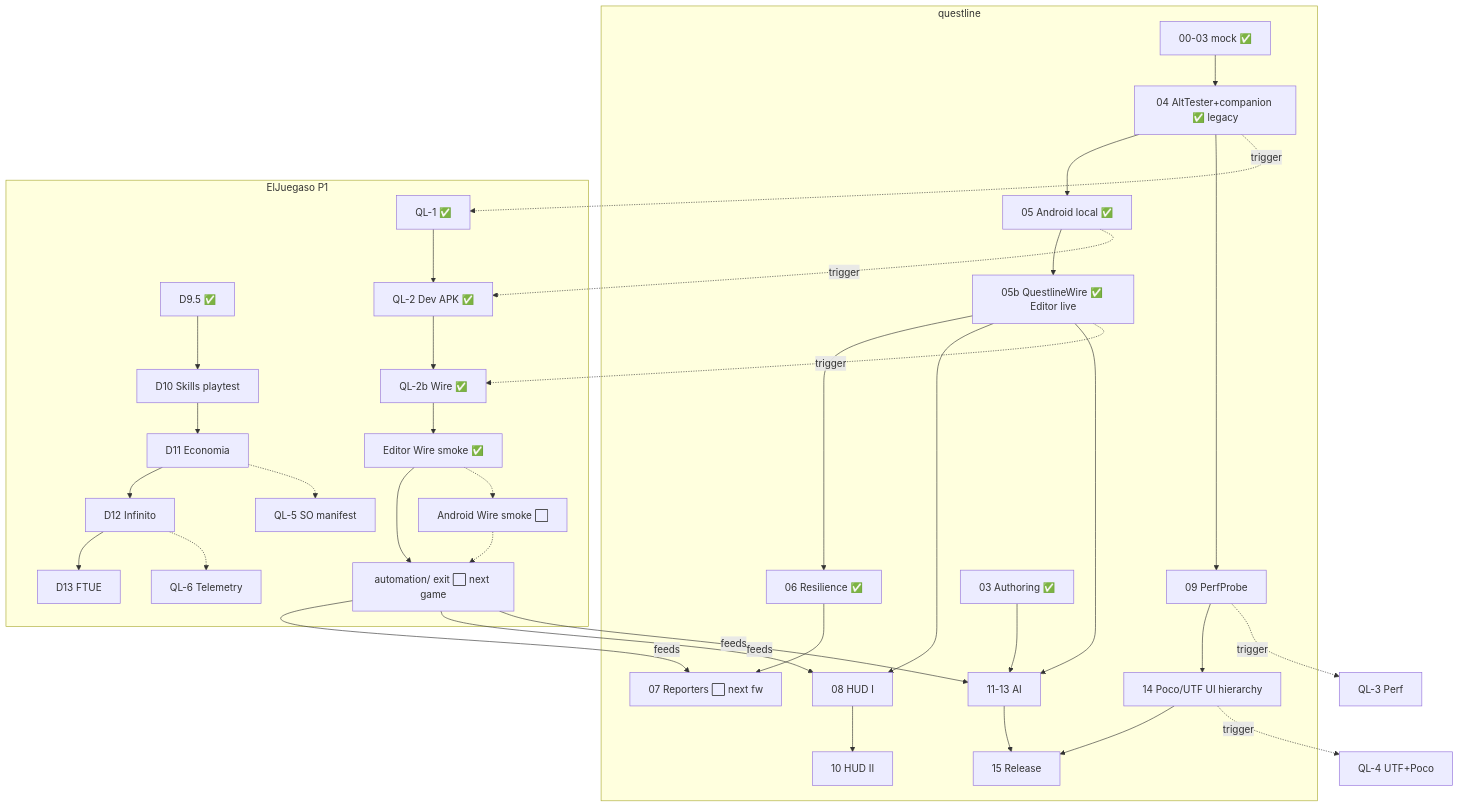
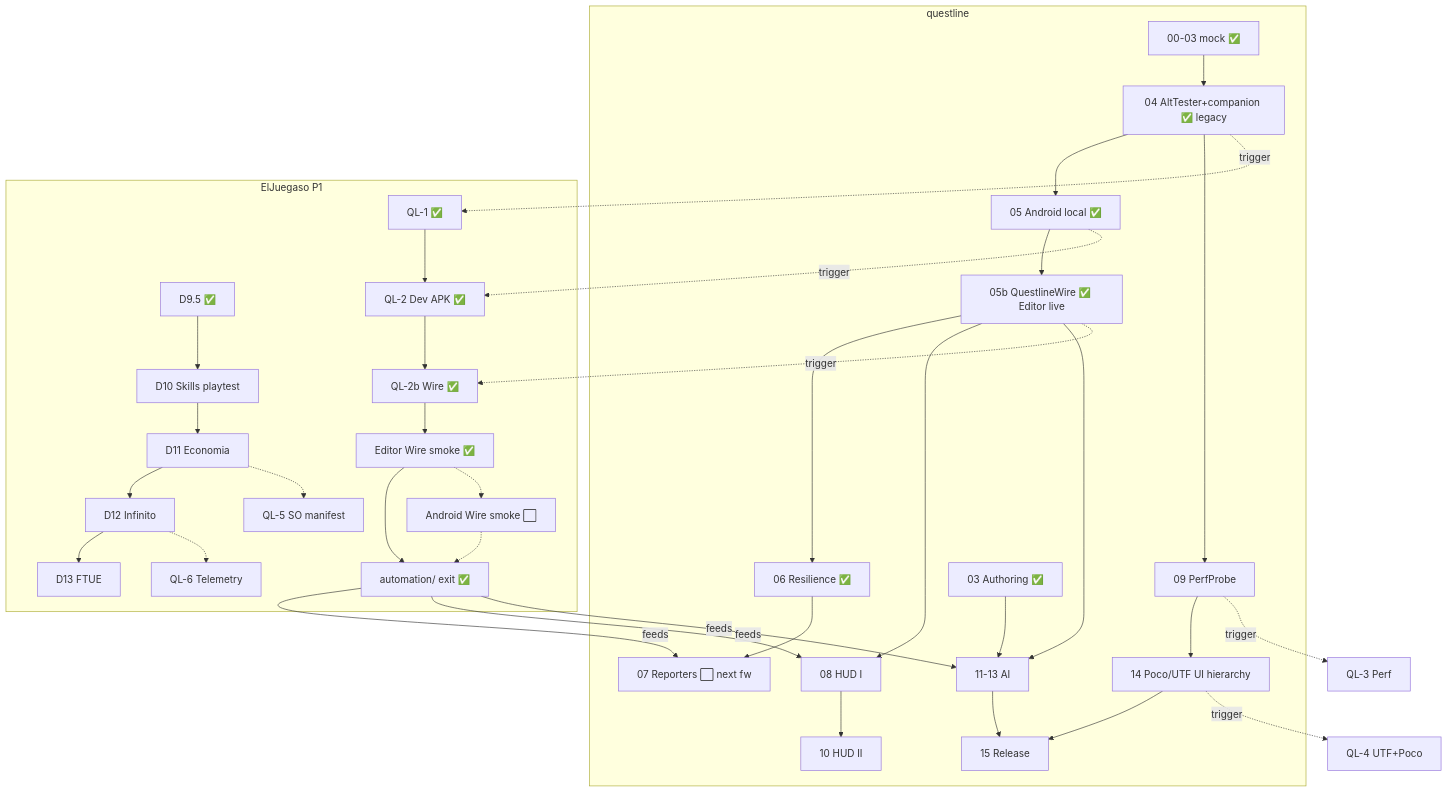
One commit to Knutronko/questline changed the diagram in docs/STATUS-DUAL.md. Above: the diagram before and after it, drawn with Mermaid. The commit also changed other lines of this file and 5 other files, not shown here.

````diff
--- a/docs/STATUS-DUAL.md
+++ b/docs/STATUS-DUAL.md
@@ -96,42 +96,42 @@
 ```mermaid
 flowchart TB
   subgraph QL[questline]
     Q0[00-03 mock ✅] --> Q4[04 AltTester+companion ✅ legacy]
     Q4 --> Q5[05 Android local ✅]
     Q5 --> Q5b[05b QuestlineWire ✅ Editor live]
     Q5b --> Q6[06 Resilience ✅]
     Q6 --> Q7[07 Reporters ⬜ next fw]
     Q5b --> Q8[08 HUD I]
     Q4 --> Q9[09 PerfProbe]
     Q8 --> Q10[10 HUD II]
     Q3[03 Authoring ✅] --> Q11[11-13 AI]
     Q5b --> Q11
     Q9 --> Q14[14 Poco/UTF UI hierarchy]
     Q11 --> Q15[15 Release]
     Q14 --> Q15
   end
 
   subgraph Game[ElJuegaso P1]
     D95[D9.5 ✅] --> D10[D10 Skills playtest]
     D10 --> D11[D11 Economia]
     D11 --> D12[D12 Infinito]
     D12 --> D13[D13 FTUE]
     QL1[QL-1 ✅] --> QL2[QL-2 Dev APK ✅]
     QL2 --> QL2b[QL-2b Wire ✅]
     QL2b --> LiveEd[Editor Wire smoke ✅]
-    LiveEd --> Auto[automation/ exit ⬜ next game]
+    LiveEd --> Auto[automation/ exit ✅]
     LiveEd -.-> LiveAnd[Android Wire smoke ⬜]
     LiveAnd -.-> Auto
     D11 -.-> QL5[QL-5 SO manifest]
     D12 -.-> QL6[QL-6 Telemetry]
   end
 
   Q4 -.->|trigger| QL1
   Q5 -.->|trigger| QL2
   Q5b -.->|trigger| QL2b
   Q9 -.->|trigger| QL3[QL-3 Perf]
   Q14 -.->|trigger| QL4[QL-4 UTF+Poco]
   Auto -->|feeds| Q7
   Auto -->|feeds| Q8
   Auto -->|feeds| Q11
 ```
````
